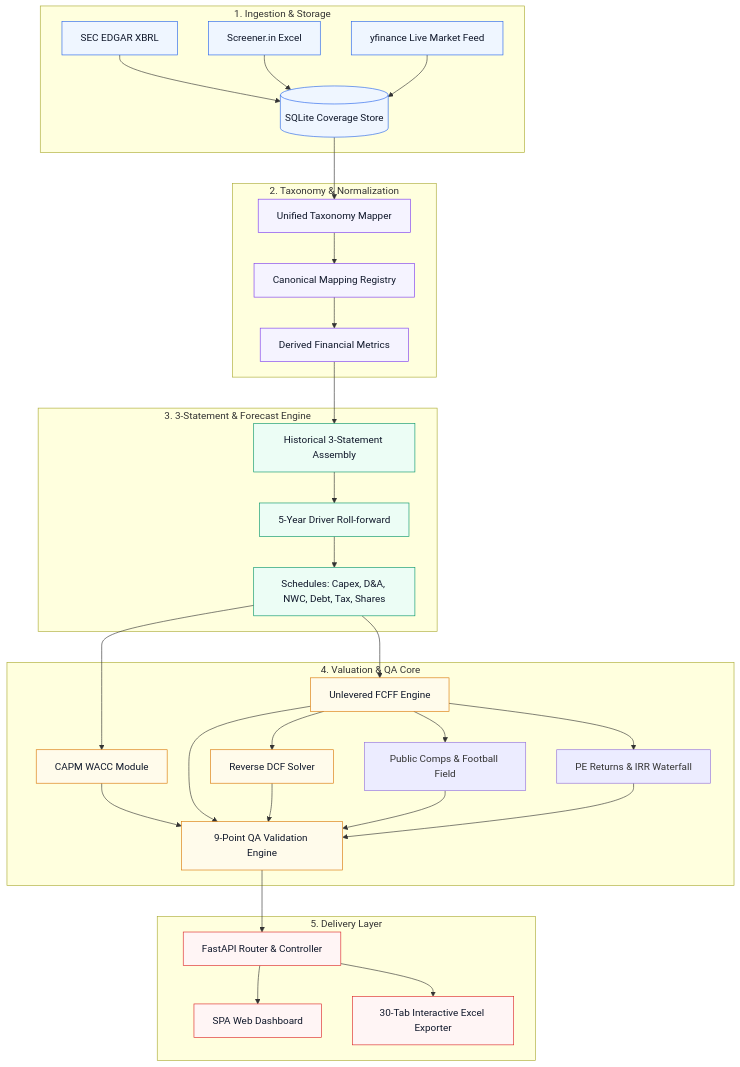
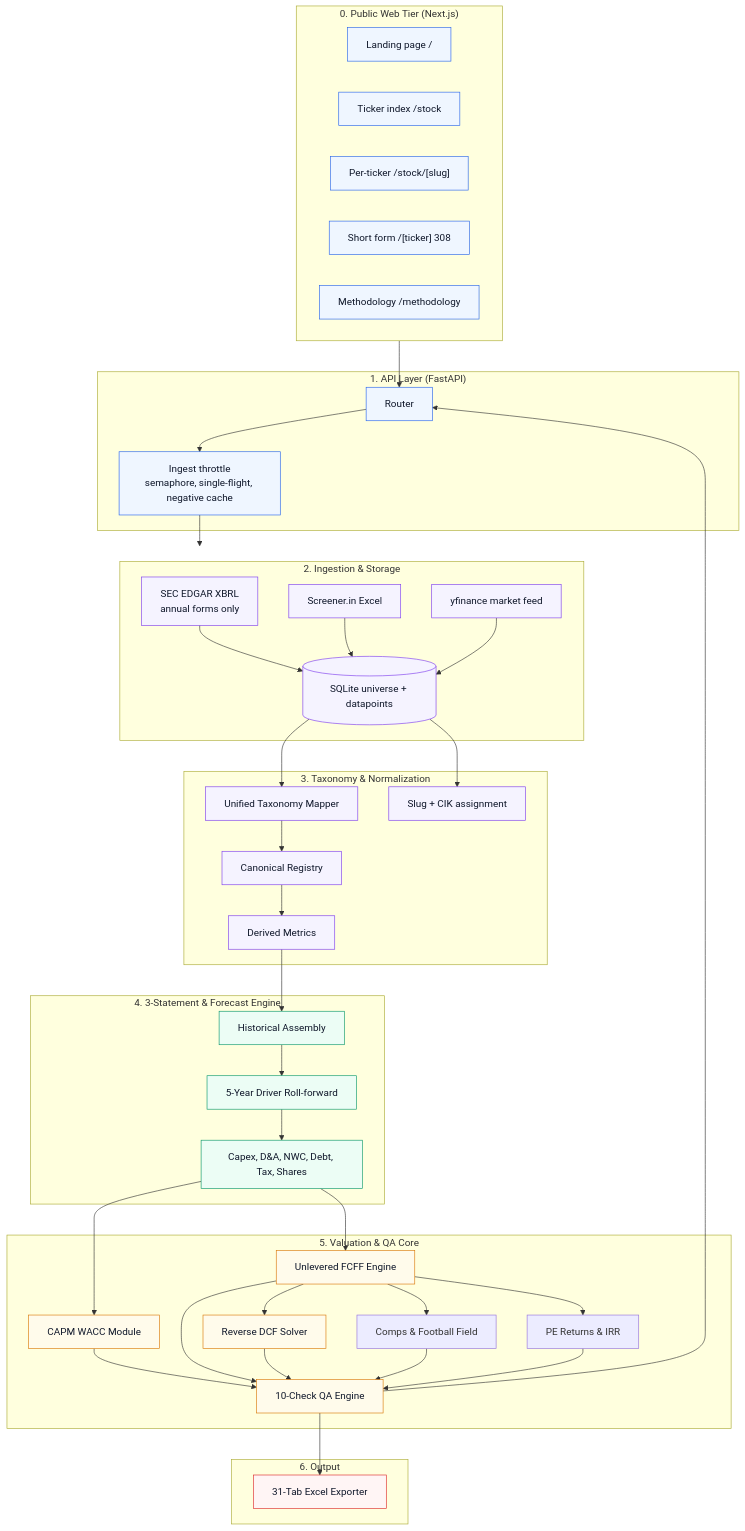
One commit to karbburn/Valence changed the diagram in README.md. Above: the diagram before and after it, drawn with Mermaid. The commit also changed other lines of this file, not shown here.

````diff
--- a/README.md
+++ b/README.md
@@ -27,60 +39,72 @@
 ```mermaid
 flowchart TB
-    subgraph Ingestion["1. Ingestion & Storage"]
-        A1[SEC EDGAR XBRL]
+    subgraph Public["0. Public Web Tier (Next.js)"]
+        LP[Landing page /]
+        IDX[Ticker index /stock]
+        TKR["Per-ticker /stock/[slug]"]
+        RED["Short form /[ticker] 308"]
+        MET[Methodology /methodology]
+    end
+
+    subgraph Delivery["1. API Layer (FastAPI)"]
+        API[Router]
+        THR[Ingest throttle<br/>semaphore, single-flight, negative cache]
+        API --> THR
+    end
+
+    subgraph Ingestion["2. Ingestion & Storage"]
+        A1[SEC EDGAR XBRL<br/>annual forms only]
         A2[Screener.in Excel]
-        A3[yfinance Live Market Feed]
-        Store[(SQLite Coverage Store)]
+        A3[yfinance market feed]
+        Store[(SQLite universe + datapoints)]
         A1 & A2 & A3 --> Store
     end
 
-    subgraph Normalization["2. Taxonomy & Normalization"]
+    subgraph Normalization["3. Taxonomy & Normalization"]
         Mapping[Unified Taxonomy Mapper]
-        Canonical[Canonical Mapping Registry]
-        Derivation[Derived Financial Metrics]
-        Store --> Mapping
-        Mapping --> Canonical
-        Canonical --> Derivation
+        Canonical[Canonical Registry]
+        Derivation[Derived Metrics]
+        Slugs[Slug + CIK assignment]
+        Store --> Mapping --> Canonical --> Derivation
+        Store --> Slugs
     end
 
-    subgraph CoreEngine["3. 3-Statement & Forecast Engine"]
-        Hist[Historical 3-Statement Assembly]
+    subgraph CoreEngine["4. 3-Statement & Forecast Engine"]
+        Hist[Historical Assembly]
         Fcst[5-Year Driver Roll-forward]
-        Schedules[Schedules: Capex, D&A, NWC, Debt, Tax, Shares]
-        Derivation --> Hist
-        Hist --> Fcst
-        Fcst --> Schedules
+        Schedules[Capex, D&A, NWC, Debt, Tax, Shares]
+        Derivation --> Hist --> Fcst --> Schedules
     end
 
-    subgraph ValuationQA["4. Valuation & QA Core"]
+    subgraph ValuationQA["5. Valuation & QA Core"]
         WACC[CAPM WACC Module]
         DCF[Unlevered FCFF Engine]
         Reverse[Reverse DCF Solver]
-        Comps[Public Comps & Football Field]
-        Returns[PE Returns & IRR Waterfall]
-        QA[9-Point QA Validation Engine]
+        Comps[Comps & Football Field]
+        Returns[PE Returns & IRR]
+        QA[10-Check QA Engine]
         Schedules --> WACC & DCF
         DCF --> Reverse & Comps & Returns
         WACC & DCF & Reverse & Comps & Returns --> QA
     end
 
-    subgraph Delivery["5. Delivery Layer"]
-        API[FastAPI Router & Controller]
-        Web[SPA Web Dashboard]
-        Excel[30-Tab Interactive Excel Exporter]
-        QA --> API
-        API --> Web
-        API --> Excel
+    subgraph Output["6. Output"]
+        XLSX[31-Tab Excel Exporter]
     end
 
-    classDef ing fill:#EFF6FF,stroke:#2563EB,stroke-width:1px,color:#0f172a;
-    classDef norm fill:#F5F3FF,stroke:#7C3AED,stroke-width:1px,color:#0f172a;
-    classDef core fill:#ECFDF5,stroke:#059669,stroke-width:1px,color:#0f172a;
-    classDef val fill:#FFFBEB,stroke:#D97706,stroke-width:1px,color:#0f172a;
-    classDef del fill:#FFF5F5,stroke:#DC2626,stroke-width:1px,color:#0f172a;
-    class A1,A2,A3,Store ing;
-    class Mapping,Canonical,Derivation norm;
+    Public --> API
+    THR --> Ingestion
+    QA --> API
+    QA --> XLSX
+
+    classDef pub fill:#EFF6FF,stroke:#2563EB,color:#0f172a;
+    classDef ing fill:#F5F3FF,stroke:#7C3AED,color:#0f172a;
+    classDef core fill:#ECFDF5,stroke:#059669,color:#0f172a;
+    classDef val fill:#FFFBEB,stroke:#D97706,color:#0f172a;
+    classDef out fill:#FFF5F5,stroke:#DC2626,color:#0f172a;
+    class LP,IDX,TKR,RED,MET,API,THR pub;
+    class A1,A2,A3,Store,Mapping,Canonical,Derivation,Slugs ing;
     class Hist,Fcst,Schedules core;
     class WACC,DCF,Reverse,QA val;
-    class API,Web,Excel del;
+    class XLSX out;
 ```
````
